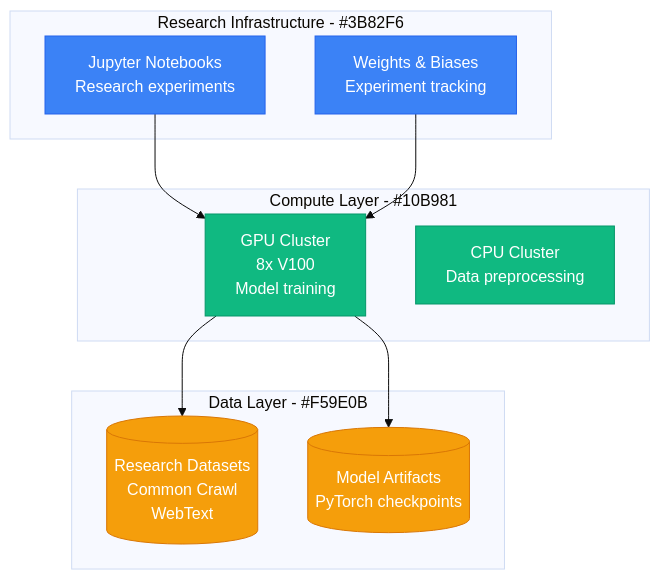
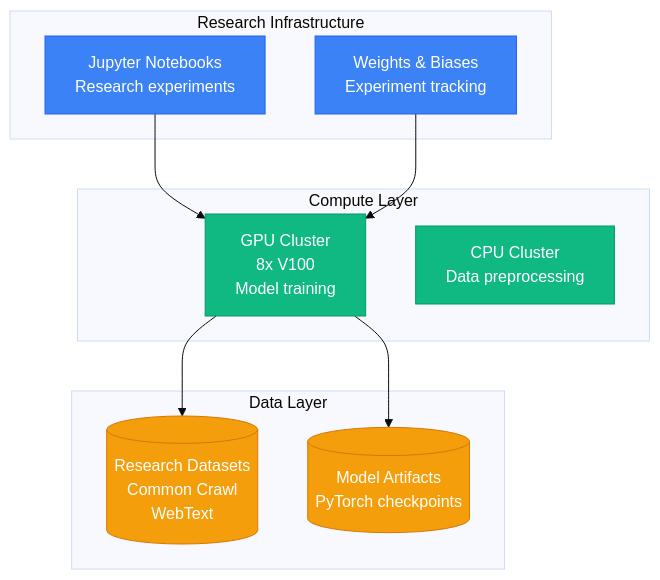
The first of 3 diagrams in site/docs/scaling/openai-scale-evolution.md (deepaucksharma/DS), drawn with Mermaid (base theme) before and after one commit. The commit also changed other lines of this file and 169 other files, not shown here.

````diff
--- a/site/docs/scaling/openai-scale-evolution.md
+++ b/site/docs/scaling/openai-scale-evolution.md
@@ -19,30 +19,30 @@
 ```mermaid
 graph TB
-    subgraph ResearchInfra[Research Infrastructure - #3B82F6]
+    subgraph ResearchInfra["Research Infrastructure"]
         JUPYTER[Jupyter Notebooks<br/>Research experiments]
         WEIGHTS[Weights & Biases<br/>Experiment tracking]
     end
 
-    subgraph ComputeLayer[Compute Layer - #10B981]
+    subgraph ComputeLayer["Compute Layer"]
         GPU_CLUSTER[GPU Cluster<br/>8x V100<br/>Model training]
         CPU_CLUSTER[CPU Cluster<br/>Data preprocessing]
     end
 
-    subgraph DataLayer[Data Layer - #F59E0B]
+    subgraph DataLayer["Data Layer"]
         DATASETS[(Research Datasets<br/>Common Crawl<br/>WebText)]
         MODELS[(Model Artifacts<br/>PyTorch checkpoints)]
     end
 
     JUPYTER --> GPU_CLUSTER
     WEIGHTS --> GPU_CLUSTER
     GPU_CLUSTER --> DATASETS
     GPU_CLUSTER --> MODELS
 
     classDef edgeStyle fill:#3B82F6,stroke:#2563EB,color:#fff
     classDef serviceStyle fill:#10B981,stroke:#059669,color:#fff
     classDef stateStyle fill:#F59E0B,stroke:#D97706,color:#fff
 
     class JUPYTER,WEIGHTS edgeStyle
     class GPU_CLUSTER,CPU_CLUSTER serviceStyle
     class DATASETS,MODELS stateStyle
 ```
````
